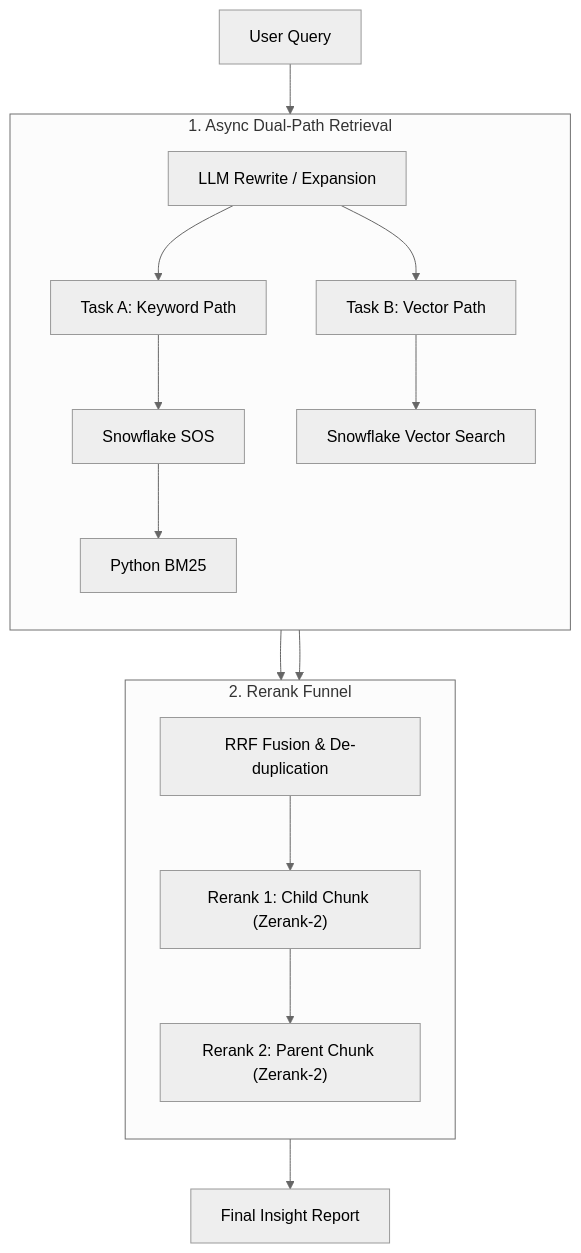
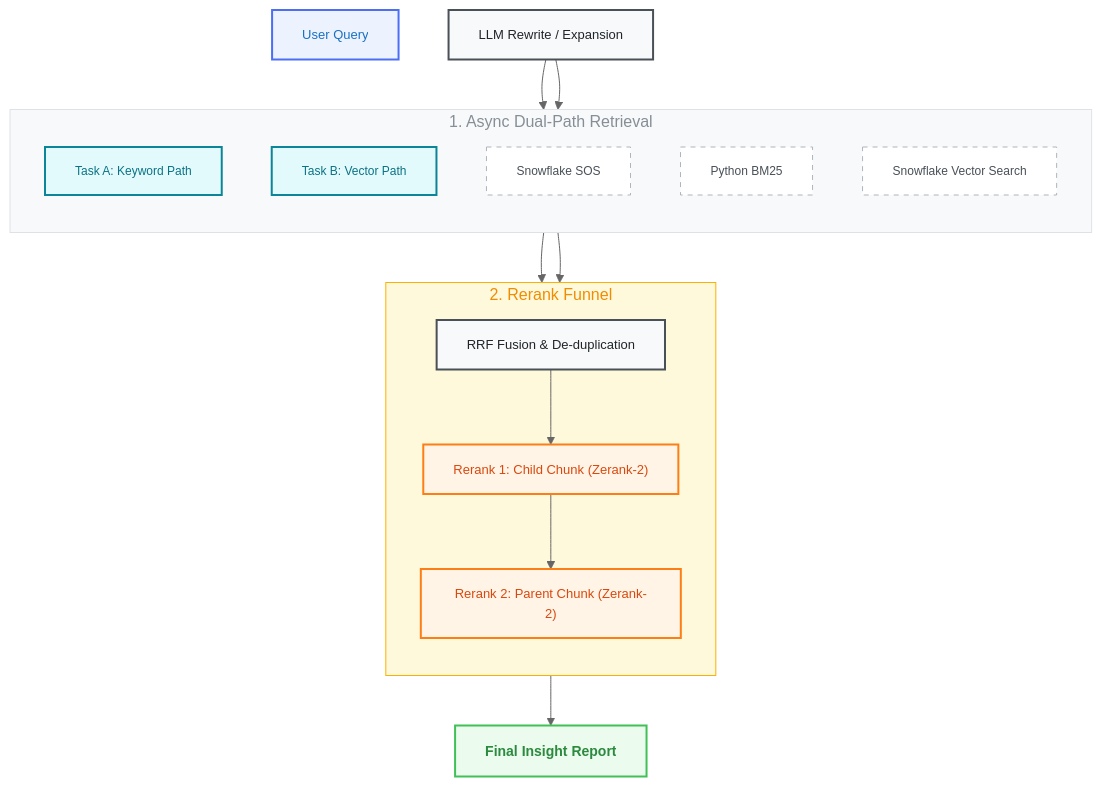
Before and after one commit to dataelvisliang/RAG-Architecture-Design-Transcript: the diagram in README.md, drawn with Mermaid (neutral theme). The commit also changed 1 other file, not shown here.

Commit message:
Enhance Mermaid diagram aesthetics with a professional color palette and optimized font sizes

````diff
--- a/README.md
+++ b/README.md
@@ -10,29 +10,44 @@
 ```mermaid
 graph TD
-    UserQuery["User Query"] --> LLM_Rewrite["LLM Rewrite / Expansion"]
+    %% Node Definitions
+    UserQuery["User Query"]:::input
+    LLM_Rewrite["LLM Rewrite / Expansion"]:::process
     
     subgraph Retrieval_Stage["1. Async Dual-Path Retrieval"]
         direction TB
-        TaskA["Task A: Keyword Path"]
-        TaskB["Task B: Vector Path"]
+        TaskA["Task A: Keyword Path"]:::subtask
+        TaskB["Task B: Vector Path"]:::subtask
         
-        LLM_Rewrite --> TaskA
-        LLM_Rewrite --> TaskB
-        
-        TaskA --> SOS["Snowflake SOS"]
-        SOS --> BM25["Python BM25"]
-        
-        TaskB --> VectorSearch["Snowflake Vector Search"]
+        SOS["Snowflake SOS"]:::internal
+        BM25["Python BM25"]:::internal
+        VectorSearch["Snowflake Vector Search"]:::internal
     end
+
+    LLM_Rewrite --> TaskA
+    LLM_Rewrite --> TaskB
     
-    BM25 --> RRF["RRF Fusion & De-duplication"]
+    BM25 --> RRF["RRF Fusion & De-duplication"]:::process
     VectorSearch --> RRF
     
     subgraph Rerank_Funnel["2. Rerank Funnel"]
         direction TB
-        RRF --> Rerank1["Rerank 1: Child Chunk (Zerank-2)"]
-        Rerank1 --> Rerank2["Rerank 2: Parent Chunk (Zerank-2)"]
+        Rerank1["Rerank 1: Child Chunk (Zerank-2)"]:::rerank
+        Rerank2["Rerank 2: Parent Chunk (Zerank-2)"]:::rerank
+        
+        RRF --> Rerank1 --> Rerank2
     end
     
-    Rerank2 --> FinalOutput["Final Insight Report"]
+    Rerank2 --> FinalOutput["Final Insight Report"]:::output
+
+    %% Class Definitions for Premium Look
+    classDef input fill:#EDF2FF,stroke:#4C6EF5,stroke-width:2px,color:#1971C2,font-size:13px;
+    classDef process fill:#F8F9FA,stroke:#495057,stroke-width:2px,color:#212529,font-size:13px;
+    classDef subtask fill:#E3FAFC,stroke:#0C8599,stroke-width:2px,color:#0B7285,font-size:12px;
+    classDef internal fill:#FFF,stroke:#ADB5BD,stroke-width:1px,color:#495057,font-size:12px,stroke-dasharray: 5 5;
+    classDef rerank fill:#FFF4E6,stroke:#FD7E14,stroke-width:2px,color:#D9480F,font-size:13px;
+    classDef output fill:#EBFBEE,stroke:#40C057,stroke-width:2px,color:#2B8A3E,font-size:14px,font-weight:bold;
+
+    %% Subgraph Styling
+    style Retrieval_Stage fill:#f8f9fa,stroke:#dee2e6,stroke-width:1px,color:#868e96
+    style Rerank_Funnel fill:#fff9db,stroke:#fab005,stroke-width:1px,color:#f08c00
 ```
````
